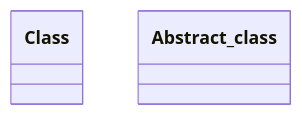
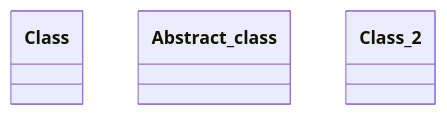
Before and after one commit to saiphanindra1010/arch_diagram_demo: the diagram in mermade/untitled.md, drawn with Mermaid.

Commit message:
mermade: save Untitled

````diff
--- a/mermade/untitled.md
+++ b/mermade/untitled.md
@@ -3,6 +3,7 @@
 ```mermaid
 classDiagram
   class Class
   class Abstract_class
-%% mermade:{"v":1,"diagramType":"class","nodes":{"Class":{"x":250,"y":36,"w":200,"h":56,"kind":"service","members":[]},"Abstract_class":{"x":54,"y":36,"w":200,"h":56,"kind":"service","members":[]}},"groups":{},"edges":{}}
+  class Class_2
+%% mermade:{"v":1,"diagramType":"class","nodes":{"Class":{"x":393.2299107142858,"y":-75.859375,"w":200,"h":56,"kind":"service","members":[]},"Abstract_class":{"x":54,"y":36,"w":200,"h":56,"kind":"service","members":[]},"Class_2":{"x":-43.71149553571432,"y":-165.61216517857142,"w":220,"h":70,"kind":"class","members":[]}},"groups":{},"edges":{}}
 ```
````
